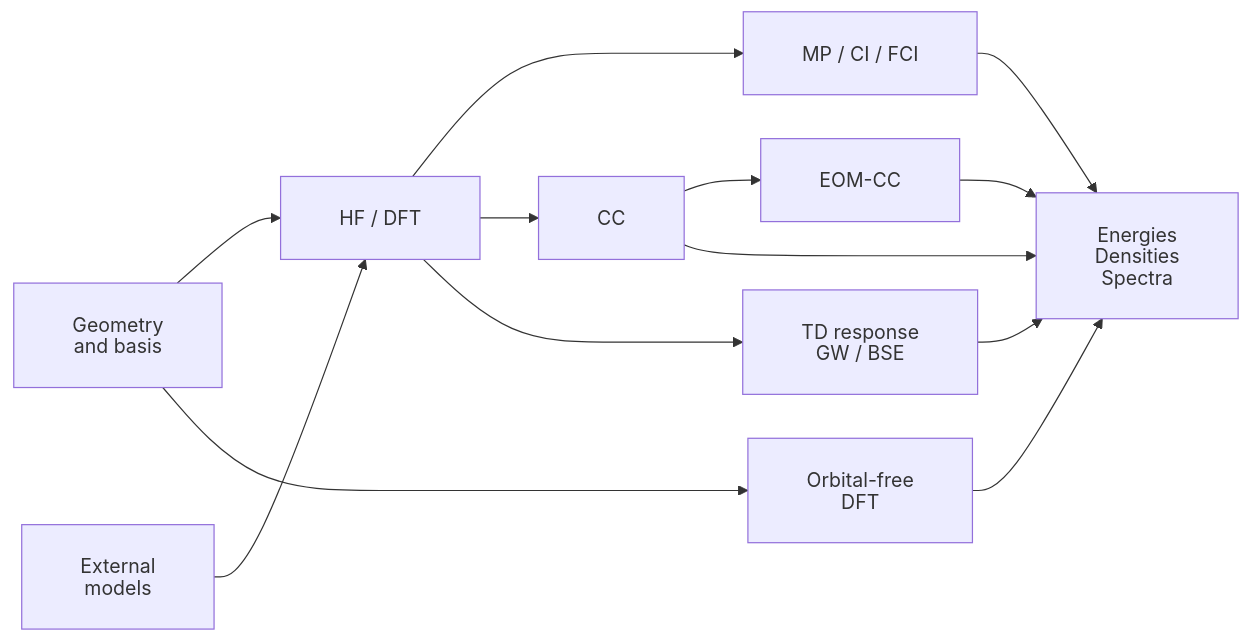
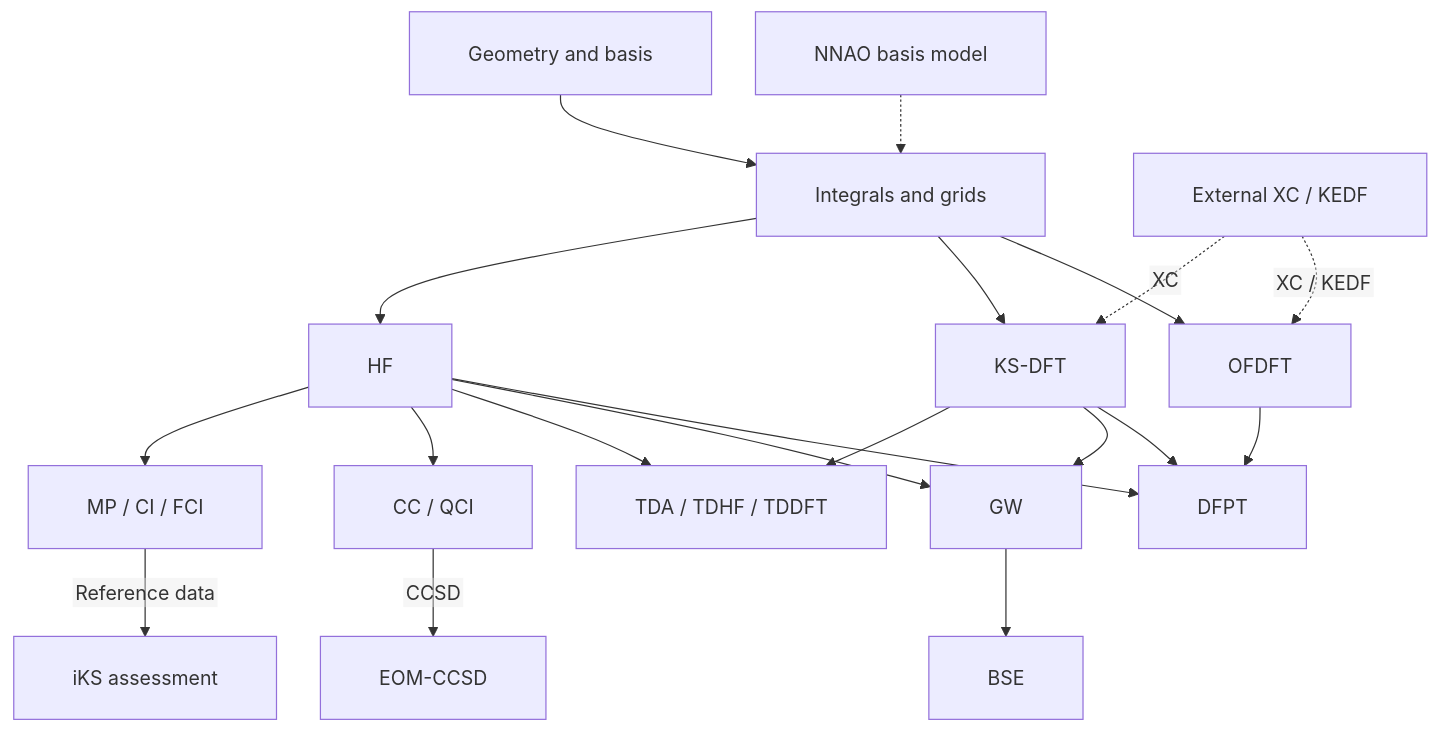
Before and after one commit to STOKES-DOT/GradSCF: the diagram in README.md, drawn with Mermaid. The commit also changed other lines of this file, not shown here.

Commit message:
docs: synchronize capability workflow diagram

````diff
--- a/README.md
+++ b/README.md
@@ -35,16 +35,25 @@
 ```mermaid
 %%{init: {"htmlLabels": false, "themeVariables": {"fontFamily": "Arial, sans-serif", "fontSize": "16px"}, "flowchart": {"padding": 24, "nodeSpacing": 36, "rankSpacing": 48}}}%%
-flowchart LR
-    I["Geometry<br/>and basis"] --> S["HF / DFT"]
-    M["External<br/>models"] --> S
-    S --> P["MP / CI / FCI"]
-    S --> C["CC"]
-    S --> R["TD response<br/>GW / BSE"]
-    C --> E["EOM-CC"]
-    I --> O["Orbital-free<br/>DFT"]
-    P --> V["Energies<br/>Densities<br/>Spectra"]
-    C --> V
-    R --> V
-    E --> V
-    O --> V
+flowchart TB
+    G["Geometry and basis"] --> I["Integrals and grids"]
+    N["NNAO basis model"] -.-> I
+    M["External XC / KEDF"] -.->|XC| K["KS-DFT"]
+    M -.->|XC / KEDF| O["OFDFT"]
+    I --> H["HF"]
+    I --> K
+    I --> O
+
+    H --> P["MP / CI / FCI"]
+    H --> C["CC / QCI"]
+    H --> T["TDA / TDHF / TDDFT"]
+    K --> T
+    H --> W["GW"]
+    K --> W
+    W --> B["BSE"]
+    C -->|CCSD| E["EOM-CCSD"]
+
+    H --> D["DFPT"]
+    K --> D
+    O --> D
+    P -->|Reference data| A["iKS assessment"]
 ```
````
